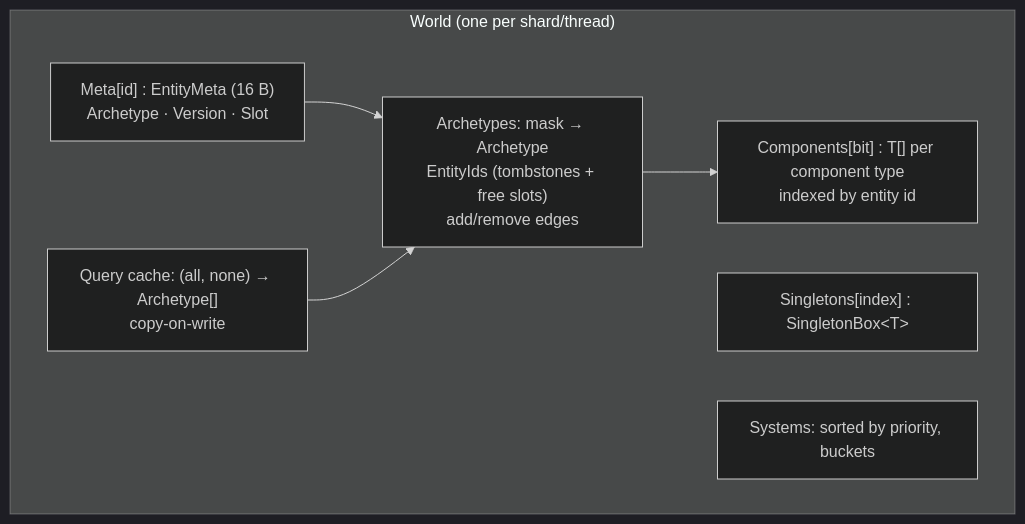
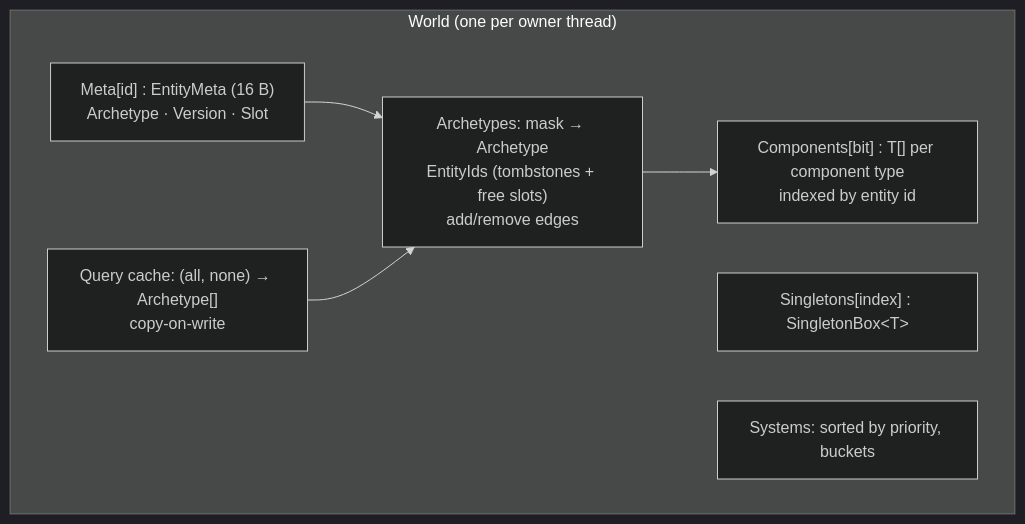
One commit to JasonXuDeveloper/EasyEcs changed the first of 3 diagrams in doc/architecture.md. Above: the diagram before and after it, drawn with Mermaid (dark theme). The commit also changed other lines of this file and 6 other files, not shown here.

````diff
--- a/doc/architecture.md
+++ b/doc/architecture.md
@@ -13,14 +13,14 @@
 ```mermaid
 flowchart TB
-    subgraph "World (one per shard/thread)"
+    subgraph "World (one per owner thread)"
         Meta["Meta[id] : EntityMeta (16 B)<br/>Archetype · Version · Slot"]
         Cols["Components[bit] : T[] per component type<br/>indexed by entity id"]
         Arch["Archetypes: mask → Archetype<br/>EntityIds (tombstones + free slots)<br/>add/remove edges"]
         QC["Query cache: (all, none) → Archetype[]<br/>copy-on-write"]
         Single["Singletons[index] : SingletonBox&lt;T&gt;"]
         Sys["Systems: sorted by priority, buckets"]
     end
     Meta --> Arch
     Arch --> Cols
     QC --> Arch
 ```
````
